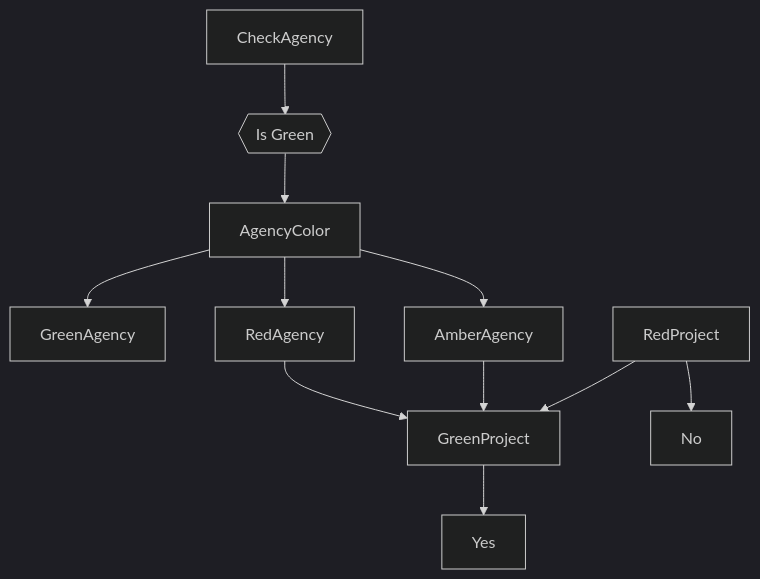
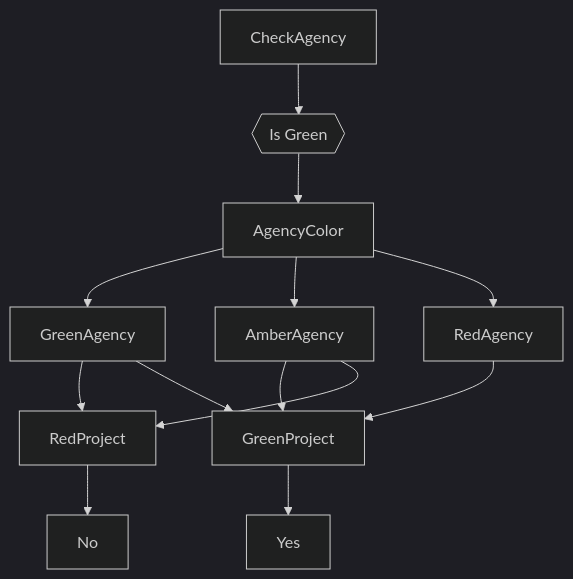
The first of 2 diagrams in impact.md (mgifford/mermaid-graphs), drawn with Mermaid (dark theme) before and after one commit.

Commit message:
Fixing order

````diff
--- a/impact.md
+++ b/impact.md
@@ -5,15 +5,15 @@
 ```mermaid
 graph TD
     CheckAgency-->IsGreen{{Is Green}};
     IsGreen-->AgencyColor;
     AgencyColor-->GreenAgency;
     AgencyColor-->AmberAgency;
     AgencyColor--> RedAgency;
     RedAgency-->GreenProject;
     AmberAgency-->GreenProject;
-    RedProject-->GreenProject;
+    GreenAgency-->RedProject;
+    AmberAgency-->RedProject;
+    GreenAgency-->GreenProject;
     RedProject-->No;
     GreenProject-->Yes;
-
-
 ```
````
